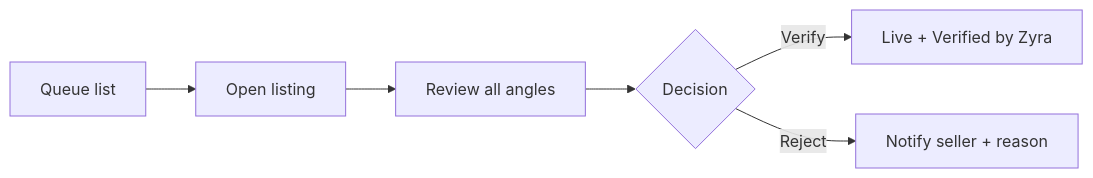
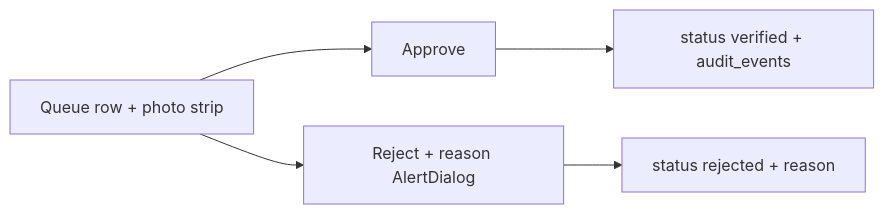
The fourth of 4 diagrams in docs/flows/user-flows.md (raplyhollow2/ebumarket), drawn with Mermaid before and after one commit. The commit also changed other lines of this file and 17 other files, not shown here.

First line of the commit message:
Close Zyra drawing-board gaps for live Supabase implementation

````diff
--- a/docs/flows/user-flows.md
+++ b/docs/flows/user-flows.md
@@ -101,8 +79,7 @@
 ```mermaid
 flowchart LR
-  A[Queue list] --> B[Open listing]
-  B --> C[Review all angles]
-  C --> D{Decision}
-  D -->|Verify| E[Live + Verified by Zyra]
-  D -->|Reject| F[Notify seller + reason]
+  Q[Queue row + photo strip] --> A[Approve]
+  Q --> R[Reject + reason AlertDialog]
+  A --> V[status verified + audit_events]
+  R --> X[status rejected + reason]
 ```
````
